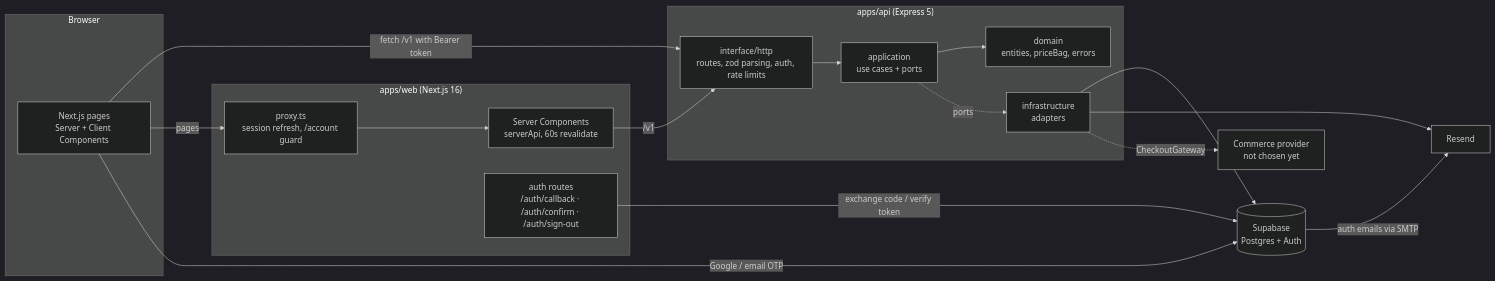
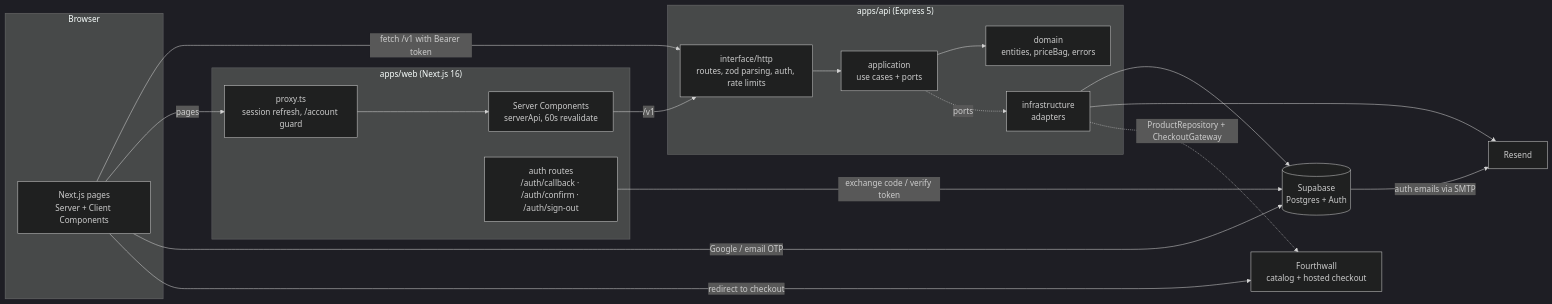
Before and after one commit to richardsotolongo/awebound: the first of 3 diagrams in docs/ARCHITECTURE.md, drawn with Mermaid (dark theme). The commit also changed other lines of this file and 17 other files, not shown here.

````diff
--- a/docs/ARCHITECTURE.md
+++ b/docs/ARCHITECTURE.md
@@ -7,31 +7,32 @@
 ```mermaid
 flowchart LR
   subgraph Browser
     W[Next.js pages<br/>Server + Client Components]
   end
   subgraph Web["apps/web (Next.js 16)"]
     P[proxy.ts<br/>session refresh, /account guard]
     RSC[Server Components<br/>serverApi, 60s revalidate]
     AR[auth routes<br/>/auth/callback · /auth/confirm · /auth/sign-out]
   end
   subgraph API["apps/api (Express 5)"]
     H[interface/http<br/>routes, zod parsing, auth, rate limits]
     UC[application<br/>use cases + ports]
     D[domain<br/>entities, priceBag, errors]
     I[infrastructure<br/>adapters]
   end
   SB[(Supabase<br/>Postgres + Auth)]
   RS[Resend]
-  CP[Commerce provider<br/>not chosen yet]
+  CP[Fourthwall<br/>catalog + hosted checkout]
 
   W -- fetch /v1 with Bearer token --> H
   W -- pages --> P --> RSC -- /v1 --> H
   W -- Google / email OTP --> SB
   AR -- exchange code / verify token --> SB
   H --> UC --> D
   UC -. ports .-> I
   I --> SB
   I --> RS
-  I -. CheckoutGateway .-> CP
+  I -. ProductRepository + CheckoutGateway .-> CP
+  W -- redirect to checkout --> CP
   SB -- auth emails via SMTP --> RS
 ```
````
